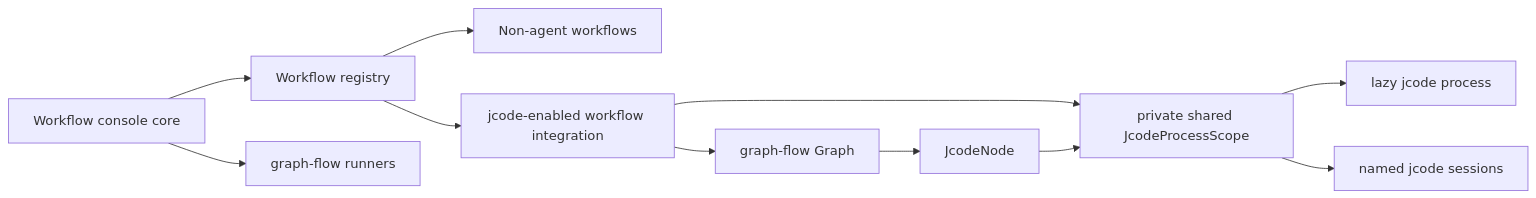
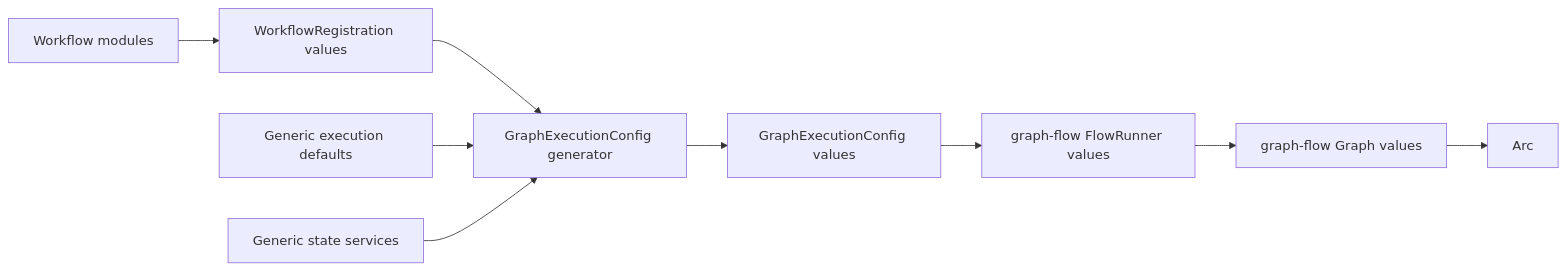
Before and after one commit to totto2727-org/flowdeck: the diagram in docs/plans/jcode-runtime-separation.md, drawn with Mermaid. The commit also changed other lines of this file, not shown here.

First line of the commit message:
docs(jcode): unify workflow execution planning

````diff
--- a/docs/plans/jcode-runtime-separation.md
+++ b/docs/plans/jcode-runtime-separation.md
@@ -33,13 +36,11 @@
 ```mermaid
 flowchart LR
-    App["Workflow console core"] --> Registry["Workflow registry"]
-    App --> Runner["graph-flow runners"]
-    Registry --> Demo["Non-agent workflows"]
-    Registry --> JcodeWorkflow["jcode-enabled workflow integration"]
-    JcodeWorkflow --> Graph["graph-flow Graph"]
-    JcodeWorkflow --> Scope["private shared JcodeProcessScope"]
-    Graph --> Node["JcodeNode"]
-    Node --> Scope
-    Scope --> Process["lazy jcode process"]
-    Scope --> Sessions["named jcode sessions"]
+    Producers["Workflow modules"] --> Registrations["WorkflowRegistration values"]
+    Registrations --> Generator["GraphExecutionConfig generator"]
+    Defaults["Generic execution defaults"] --> Generator
+    State["Generic state services"] --> Generator
+    Generator --> Configs["GraphExecutionConfig values"]
+    Configs --> Runners["graph-flow FlowRunner values"]
+    Runners --> Graphs["graph-flow Graph values"]
+    Graphs --> Tasks["Arc<dyn Task>"]
 ```
````
